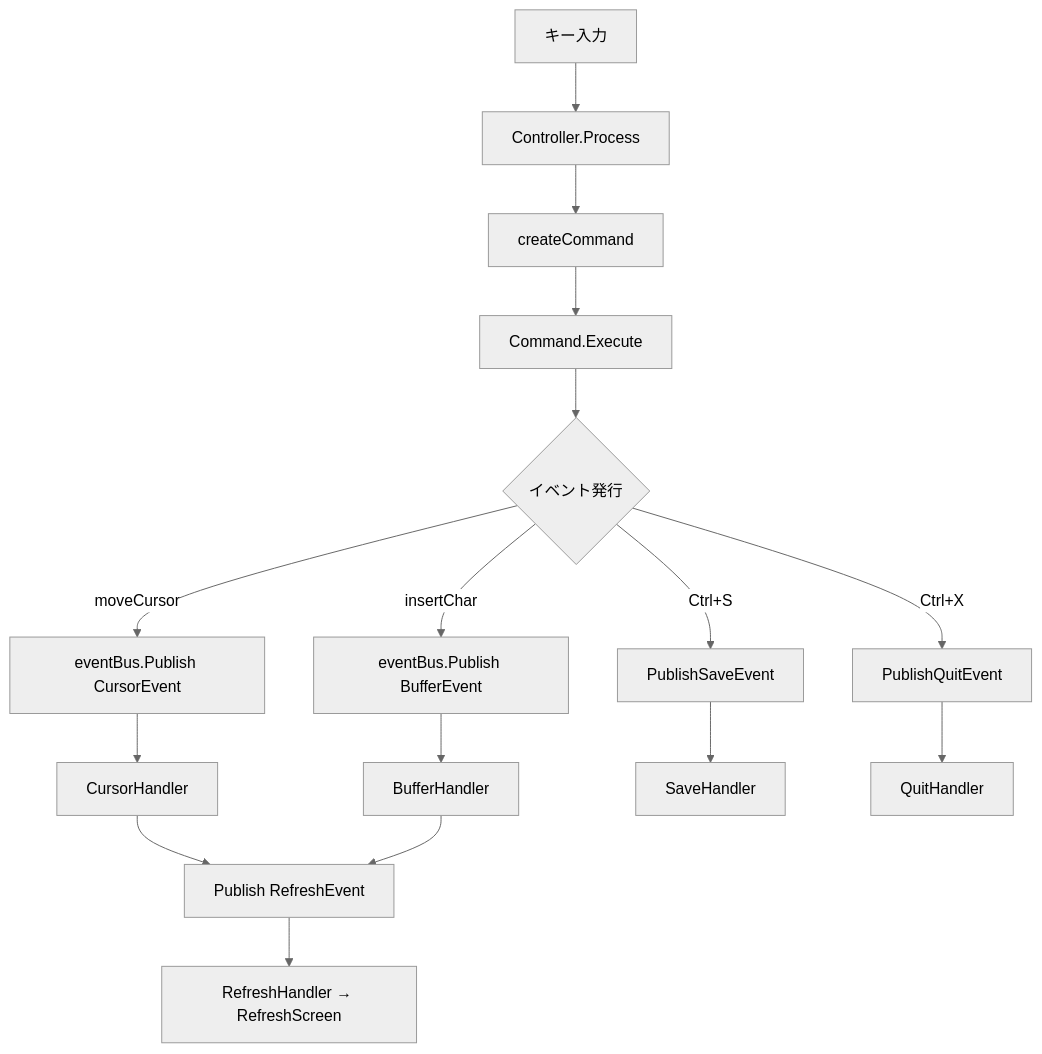
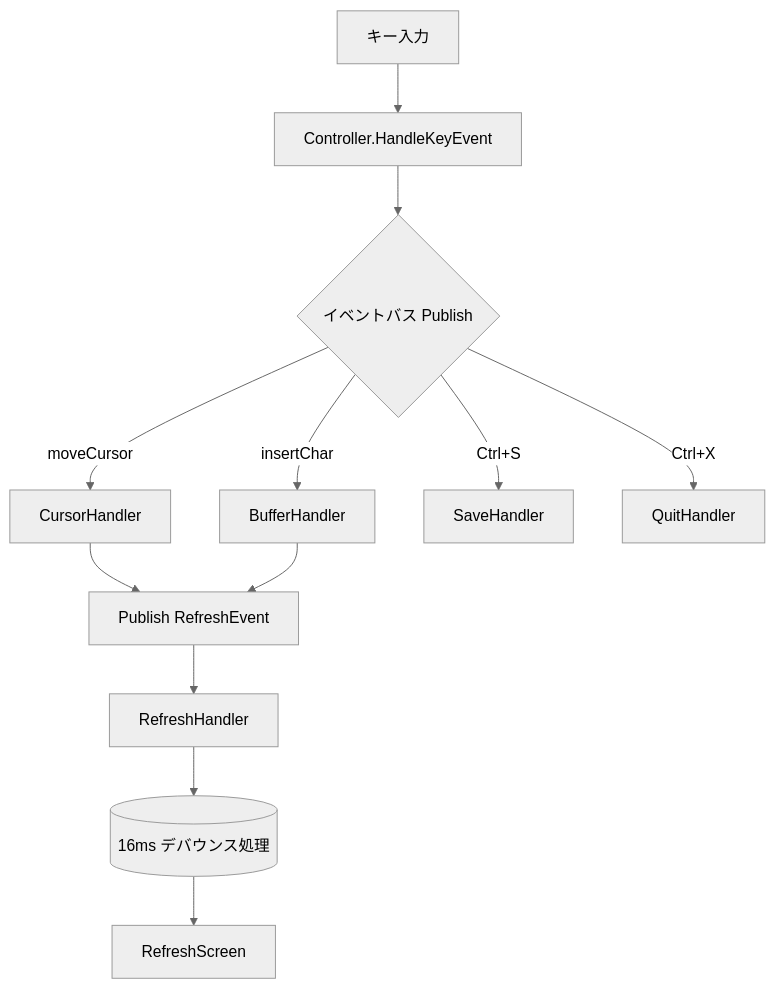
The diagram in docs/investigation_report.md (wasya-io/go-kilo), drawn with Mermaid (neutral theme) before and after one commit. The commit also changed other lines of this file and 5 other files, not shown here.

````diff
--- a/docs/investigation_report.md
+++ b/docs/investigation_report.md
@@ -52,17 +52,13 @@
 ```mermaid
 graph TD
-    A[キー入力] --> B[Controller.Process]
-    B --> C[createCommand]
-    C --> D[Command.Execute]
-    D --> E{イベント発行}
-    E -->|moveCursor| F[eventBus.Publish CursorEvent]
-    E -->|insertChar| G[eventBus.Publish BufferEvent]
-    E -->|Ctrl+S| H[PublishSaveEvent]
-    E -->|Ctrl+X| I[PublishQuitEvent]
-    F --> J[CursorHandler]
-    G --> K[BufferHandler]
-    H --> L[SaveHandler]
-    I --> M[QuitHandler]
-    J & K --> N[Publish RefreshEvent]
-    N --> O[RefreshHandler → RefreshScreen]
+    A[キー入力] --> B[Controller.HandleKeyEvent]
+    B --> E{イベントバス Publish}
+    E -->|moveCursor| F[CursorHandler]
+    E -->|insertChar| G[BufferHandler]
+    E -->|Ctrl+S| H[SaveHandler]
+    E -->|Ctrl+X| I[QuitHandler]
+    F & G --> N[Publish RefreshEvent]
+    N --> O[RefreshHandler]
+    O --> P[(16ms デバウンス処理)]
+    P --> Q[RefreshScreen]
 ```
````
